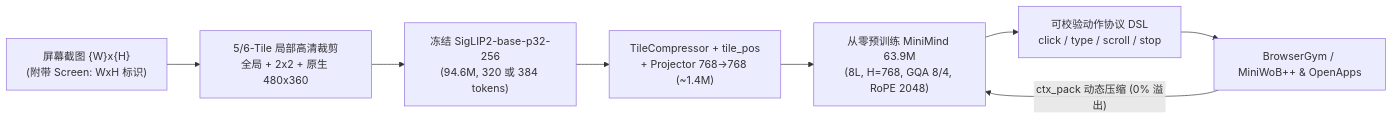
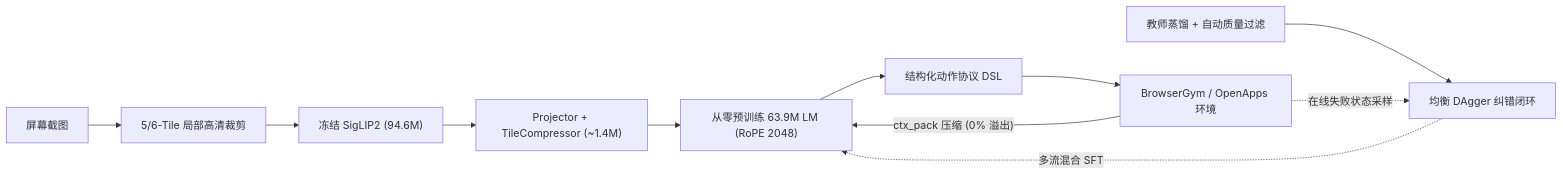
One commit to ca1tshame/minimind-o-action changed the diagram in README_CN.md. Above: the diagram before and after it, drawn with Mermaid. The commit also changed other lines of this file, not shown here.

````diff
--- a/README_CN.md
+++ b/README_CN.md
@@ -77,10 +76,14 @@
 ```mermaid
 flowchart LR
-    S["屏幕截图 {W}x{H}<br/>(附带 Screen: WxH 标识)"] --> T["5/6-Tile 局部高清裁剪<br/>全局 + 2x2 + 原生 480x360"]
-    T --> V["冻结 SigLIP2-base-p32-256<br/>(94.6M, 320 或 384 tokens)"]
-    V --> C["TileCompressor + tile_pos<br/>+ Projector 768->768 (~1.4M)"]
-    C --> LM["从零预训练 MiniMind 63.9M<br/>(8L, H=768, GQA 8/4, RoPE 2048)"]
-    LM --> DSL["可校验动作协议 DSL<br/>click / type / scroll / stop"]
-    DSL --> ENV["BrowserGym / MiniWoB++ &amp; OpenApps"]
-    ENV -->|"ctx_pack 动态压缩 (0% 溢出)"| LM
+    S["屏幕截图"] --> T["5/6-Tile 局部高清裁剪"]
+    T --> V["冻结 SigLIP2 (94.6M)"]
+    V --> P["Projector + TileCompressor (~1.4M)"]
+    P --> LM["从零预训练 63.9M LM (RoPE 2048)"]
+    LM --> A["结构化动作协议 DSL"]
+    A --> E["BrowserGym / OpenApps 环境"]
+    E -->|"ctx_pack 压缩 (0% 溢出)"| LM
+
+    TData["教师蒸馏 + 自动质量过滤"] --> DLoop["均衡 DAgger 纠错闭环"]
+    E -.->|"在线失败状态采样"| DLoop
+    DLoop -.->|"多流混合 SFT"| LM
 ```
````
